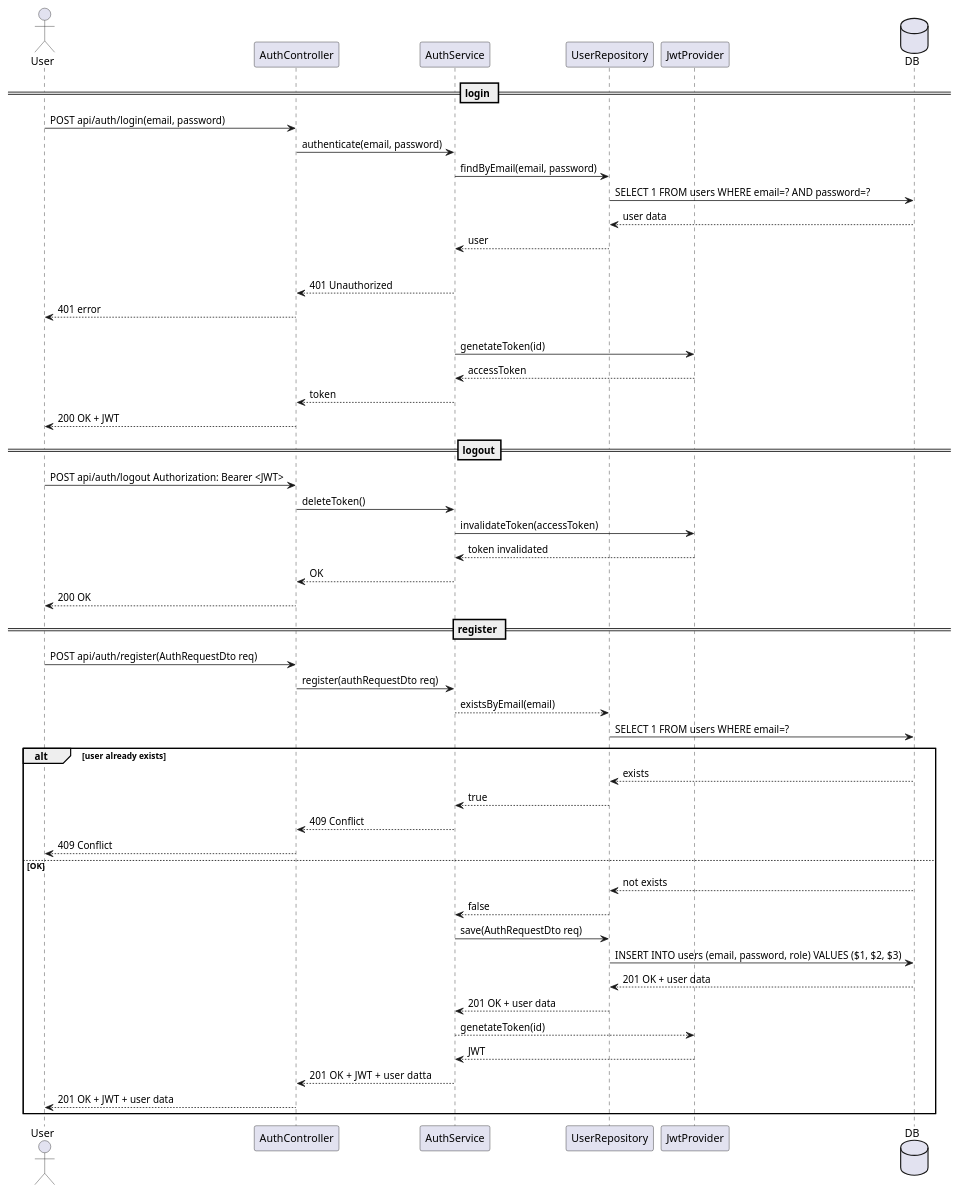
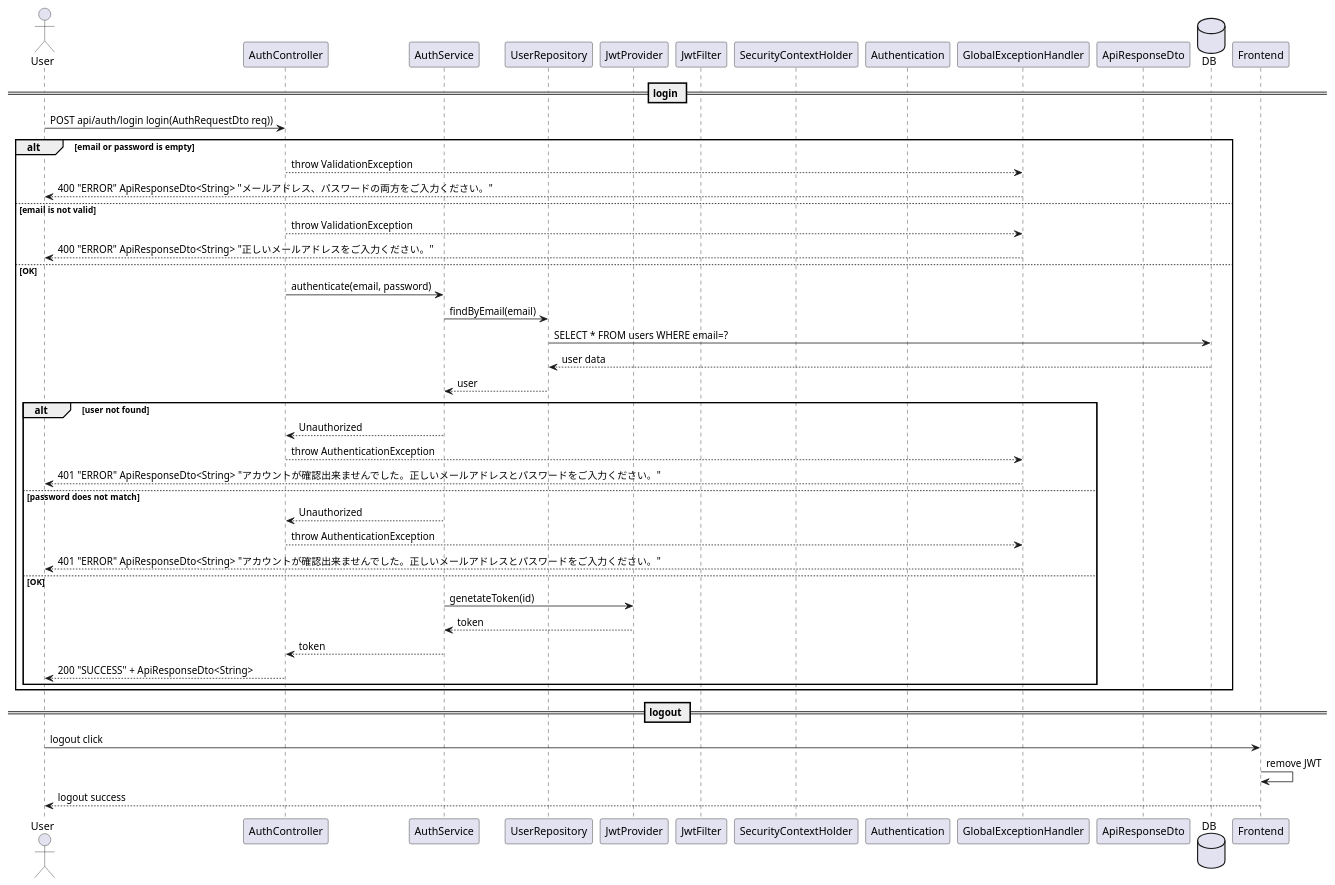
Before and after one commit to tettamasuyama/group-assignment: the diagram in uml/code/sequence/auth-sequence.puml, drawn with PlantUML. The commit also changed 5 other files, not shown here.

Commit message:
docs: シーケンス図の仕様を大幅に更新

```diff
--- a/uml/code/sequence/auth-sequence.puml
+++ b/uml/code/sequence/auth-sequence.puml
@@ -1,62 +1,58 @@
 @startuml
 actor User
 participant AuthController
 participant AuthService
 participant UserRepository
 participant JwtProvider
+participant JwtFilter
+participant SecurityContextHolder
+participant Authentication
+participant GlobalExceptionHandler
+participant ApiResponseDto
+
 database DB
 
 == login == 
-User -> AuthController : POST api/auth/login(email, password)
-AuthController -> AuthService : authenticate(email, password)
-AuthService -> UserRepository : findByEmail(email, password)
-UserRepository -> DB : SELECT 1 FROM users WHERE email=? AND password=?
-DB --> UserRepository : user data
-UserRepository --> AuthService :user
 
-alt user not found
-  AuthService --> AuthController : 401 Unauthorized
-  AuthController --> User : 401 error
+User -> AuthController : POST api/auth/login login(AuthRequestDto req))
+
+alt email or password is empty
+  AuthController --> GlobalExceptionHandler : throw ValidationException
+  GlobalExceptionHandler --> User : 400 "ERROR" ApiResponseDto<String> "メールアドレス、パスワードの両方をご入力ください。"
+
+else email is not valid
+  AuthController --> GlobalExceptionHandler : throw ValidationException
+  GlobalExceptionHandler --> User : 400 "ERROR" ApiResponseDto<String> "正しいメールアドレスをご入力ください。"
 
 else OK
-  AuthService -> JwtProvider : genetateToken(id)
-  JwtProvider --> AuthService : accessToken
-  AuthService --> AuthController : token
-  AuthController --> User : 200 OK + JWT
+  AuthController -> AuthService : authenticate(email, password)
+  AuthService -> UserRepository : findByEmail(email)
+  UserRepository -> DB : SELECT * FROM users WHERE email=?
+  DB --> UserRepository : user data
+  UserRepository --> AuthService :user
 
-==logout==
-User -> AuthController : POST api/auth/logout Authorization: Bearer <JWT>
-AuthController -> AuthService : deleteToken()
-AuthService -> JwtProvider : invalidateToken(accessToken)
-JwtProvider --> AuthService : token invalidated
-AuthService --> AuthController : OK
-AuthController --> User : 200 OK
+  alt user not found
+    AuthService --> AuthController : Unauthorized
+    AuthController --> GlobalExceptionHandler : throw AuthenticationException
+    GlobalExceptionHandler --> User : 401 "ERROR" ApiResponseDto<String> "アカウントが確認出来ませんでした。正しいメールアドレスとパスワードをご入力ください。"
 
-
-== register ==
-User -> AuthController : POST api/auth/register(AuthRequestDto req)
-AuthController -> AuthService : register(authRequestDto req)
-AuthService --> UserRepository : existsByEmail(email)
-UserRepository -> DB : SELECT 1 FROM users WHERE email=?
-
-alt user already exists
-
-  DB --> UserRepository : exists
-  UserRepository --> AuthService : true
-  AuthService --> AuthController : 409 Conflict
-  AuthController --> User : 409 Conflict
-
-else OK
-DB --> UserRepository : not exists
-UserRepository --> AuthService : false
-AuthService -> UserRepository : save(AuthRequestDto req)
-UserRepository -> DB : INSERT INTO users (email, password, role) VALUES ($1, $2, $3)
-DB --> UserRepository : 201 OK + user data
-UserRepository --> AuthService : 201 OK + user data
-AuthService --> JwtProvider : genetateToken(id)
-JwtProvider --> AuthService : JWT
-AuthService --> AuthController : 201 OK +  JWT + user datta
-AuthController --> User : 201 OK + JWT + user data
+  else password does not match
+    AuthService --> AuthController : Unauthorized
+    AuthController --> GlobalExceptionHandler : throw AuthenticationException
+    GlobalExceptionHandler --> User : 401 "ERROR" ApiResponseDto<String> "アカウントが確認出来ませんでした。正しいメールアドレスとパスワードをご入力ください。"
+    
+  else OK
+    AuthService -> JwtProvider : genetateToken(id)
+    JwtProvider --> AuthService : token
+    AuthService --> AuthController : token
+    AuthController --> User : 200 "SUCCESS" + ApiResponseDto<String> 
+  end
 end
 
+== logout ==
+
+User -> Frontend : logout click
+Frontend -> Frontend : remove JWT
+Frontend --> User : logout success
+
 @enduml
```
